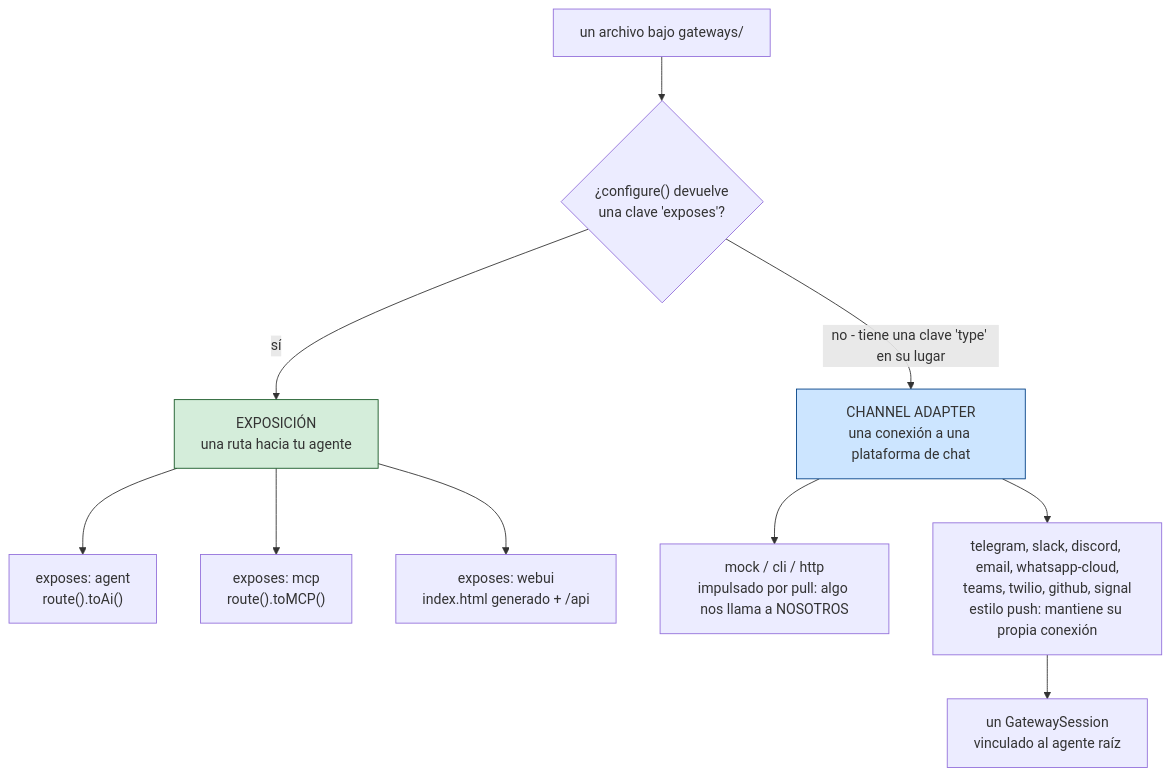
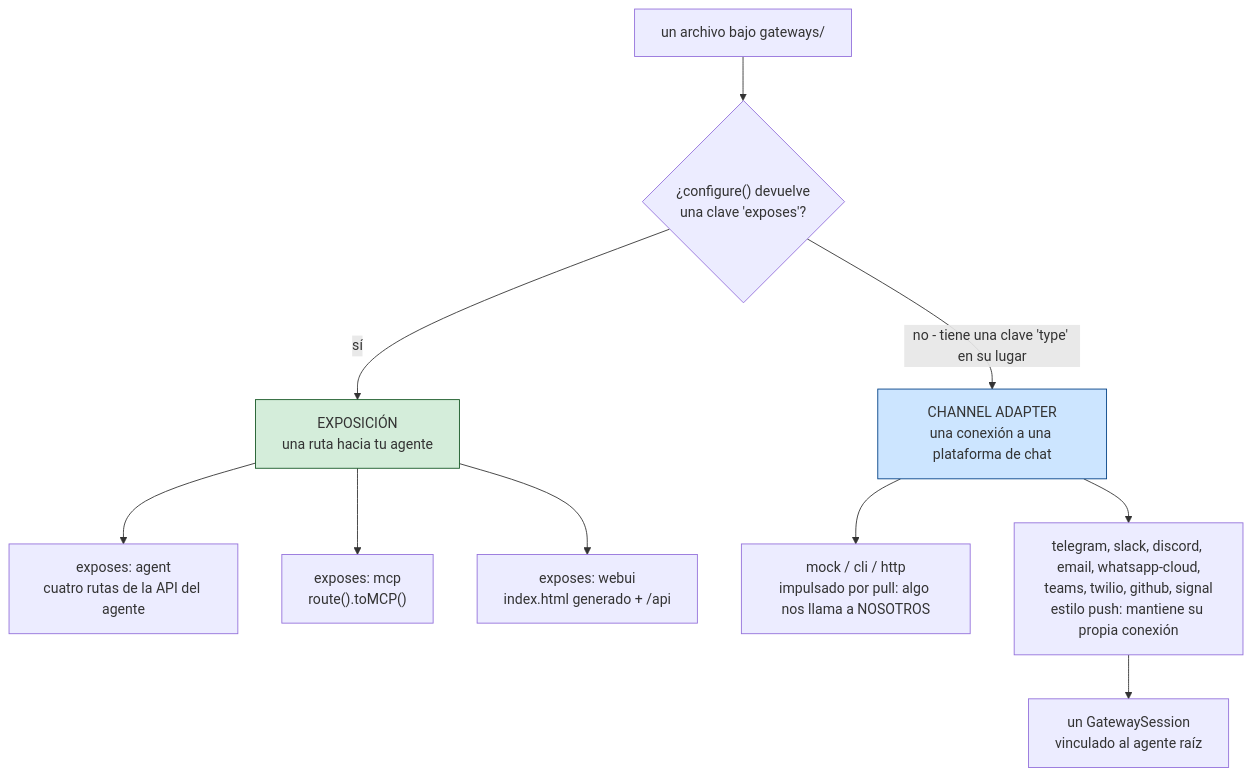
Before and after one commit to ortus-boxlang/bx-agents: the first of 2 diagrams in docs/versions/1.0.x/i18n/es/conventions/gateways/index.md, drawn with Mermaid. The commit also changed other lines of this file and 26 other files, not shown here.

First line of the commit message:
Agent API: access switch, route middleware gate, own turn routes, startup warning

````diff
--- a/docs/versions/1.0.x/i18n/es/conventions/gateways/index.md
+++ b/docs/versions/1.0.x/i18n/es/conventions/gateways/index.md
@@ -16,15 +16,15 @@
 ```mermaid
 flowchart TD
     F["un archivo bajo gateways/"] --> Q{"¿configure() devuelve<br/>una clave 'exposes'?"}
     Q -->|"sí"| E["EXPOSICIÓN<br/>una ruta hacia tu agente"]
     Q -->|"no - tiene una clave 'type' en su lugar"| C["CHANNEL ADAPTER<br/>una conexión a una plataforma de chat"]
-    E --> E1["exposes: agent<br/>route().toAi()"]
+    E --> E1["exposes: agent<br/>cuatro rutas de la API del agente"]
     E --> E2["exposes: mcp<br/>route().toMCP()"]
     E --> E3["exposes: webui<br/>index.html generado + /api"]
     C --> C1["mock / cli / http<br/>impulsado por pull: algo nos llama a NOSOTROS"]
     C --> C2["telegram, slack, discord, email, whatsapp-cloud,<br/>teams, twilio, github, signal<br/>estilo push: mantiene su propia conexión"]
     C2 --> S["un GatewaySession<br/>vinculado al agente raíz"]
 
     style E fill:#d4edda,stroke:#155724
     style C fill:#cce5ff,stroke:#004085
 ```
````
